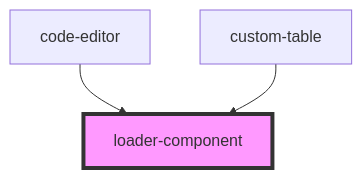
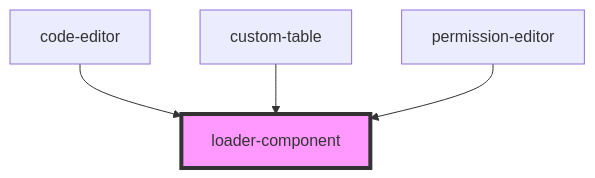
The diagram in src/components/loader-component/readme.md (techvariable/NeptuneConnectComponents), drawn with Mermaid before and after one commit. The commit also changed other lines of this file and 10 other files, not shown here.

Commit message:
modified permission editor component for backend compatability

````diff
--- a/src/components/loader-component/readme.md
+++ b/src/components/loader-component/readme.md
@@ -16,6 +17,7 @@
 ```mermaid
 graph TD;
   code-editor --> loader-component
   custom-table --> loader-component
+  permission-editor --> loader-component
   style loader-component fill:#f9f,stroke:#333,stroke-width:4px
 ```
````
